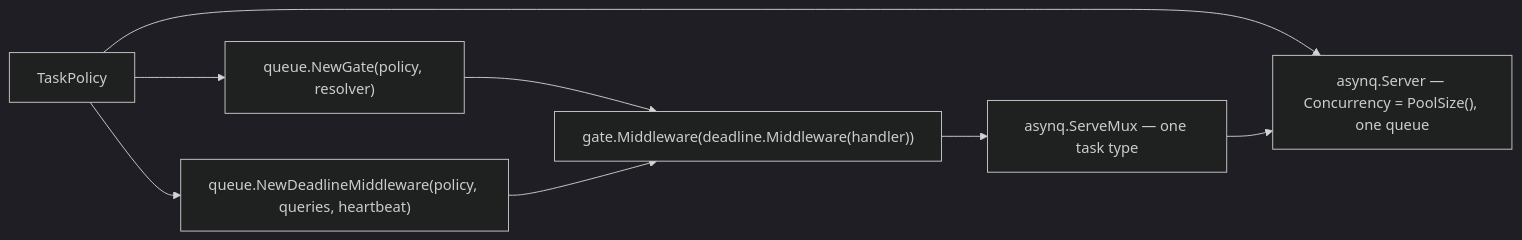
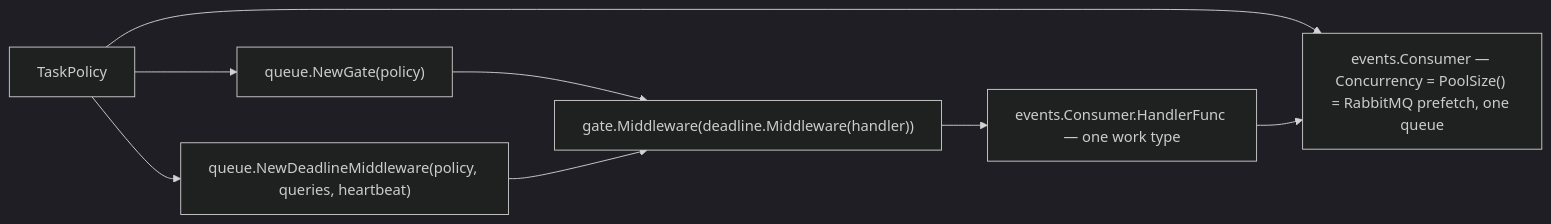
One commit to nonamecat19/job-finder changed the first of 5 diagrams in docs/docs/async/workers-and-queues.md. Above: the diagram before and after it, drawn with Mermaid (dark theme). The commit also changed other lines of this file and 13 other files, not shown here.

````diff
--- a/docs/docs/async/workers-and-queues.md
+++ b/docs/docs/async/workers-and-queues.md
@@ -31,10 +35,10 @@
 ```mermaid
 flowchart LR
-    POL["TaskPolicy"] --> GATE["queue.NewGate(policy, resolver)"]
+    POL["TaskPolicy"] --> GATE["queue.NewGate(policy)"]
     POL --> DL["queue.NewDeadlineMiddleware(policy, queries, heartbeat)"]
     GATE --> W["gate.Middleware(deadline.Middleware(handler))"]
     DL --> W
-    W --> MUX["asynq.ServeMux — one task type"]
-    POL --> SRV["asynq.Server — Concurrency = PoolSize(), one queue"]
+    W --> MUX["events.Consumer.HandlerFunc — one work type"]
+    POL --> SRV["events.Consumer — Concurrency = PoolSize() = RabbitMQ prefetch, one queue"]
     MUX --> SRV
 ```
````
